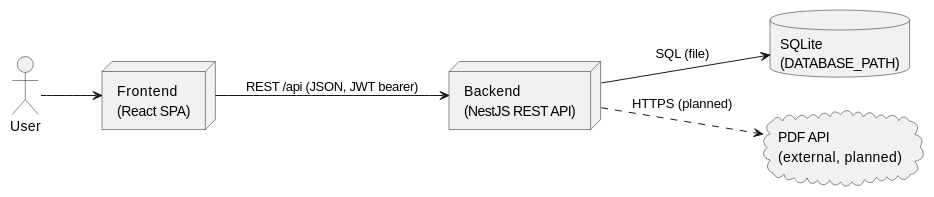
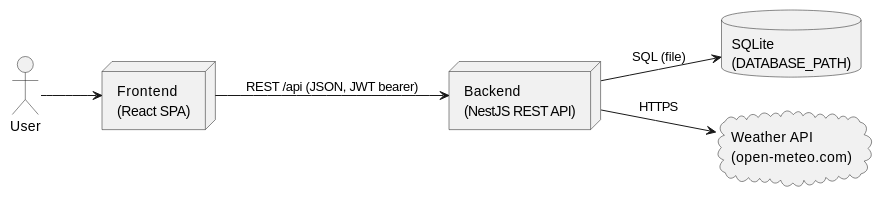
The first of 3 diagrams in docs/arc42/05_building_block_view.md (thomasprade/thro-sqs-2026), drawn with PlantUML before and after one commit. The commit also changed other lines of this file and 7 other files, not shown here.

````diff
--- a/docs/arc42/05_building_block_view.md
+++ b/docs/arc42/05_building_block_view.md
@@ -10,17 +10,17 @@
 ```puml
 @startuml
 left to right direction
 skinparam componentStyle rectangle
 
 actor "User" as user
 node "Frontend\n(React SPA)" as fe
 node "Backend\n(NestJS REST API)" as be
 database "SQLite\n(DATABASE_PATH)" as db
-cloud "PDF API\n(external, planned)" as pdf
+cloud "Weather API\n(open-meteo.com)" as weather
 
 user --> fe
 fe --> be : REST /api (JSON, JWT bearer)
 be --> db : SQL (file)
-be ..> pdf : HTTPS (planned)
+be --> weather : HTTPS
 @enduml
 ```
````
